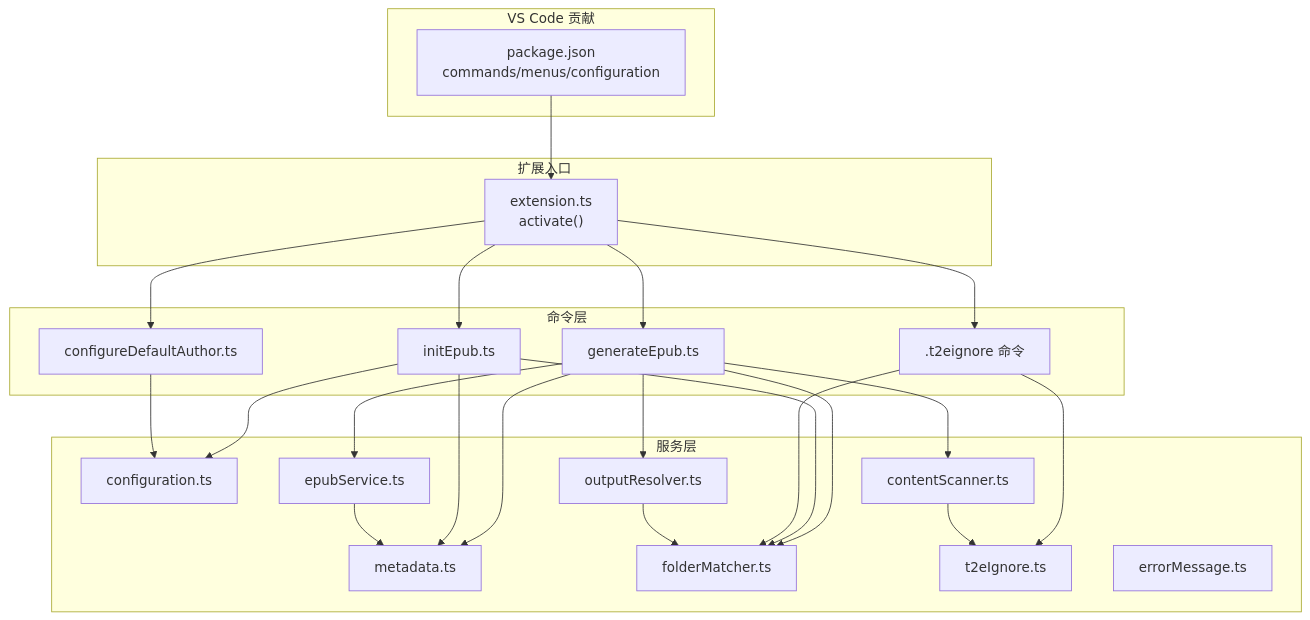
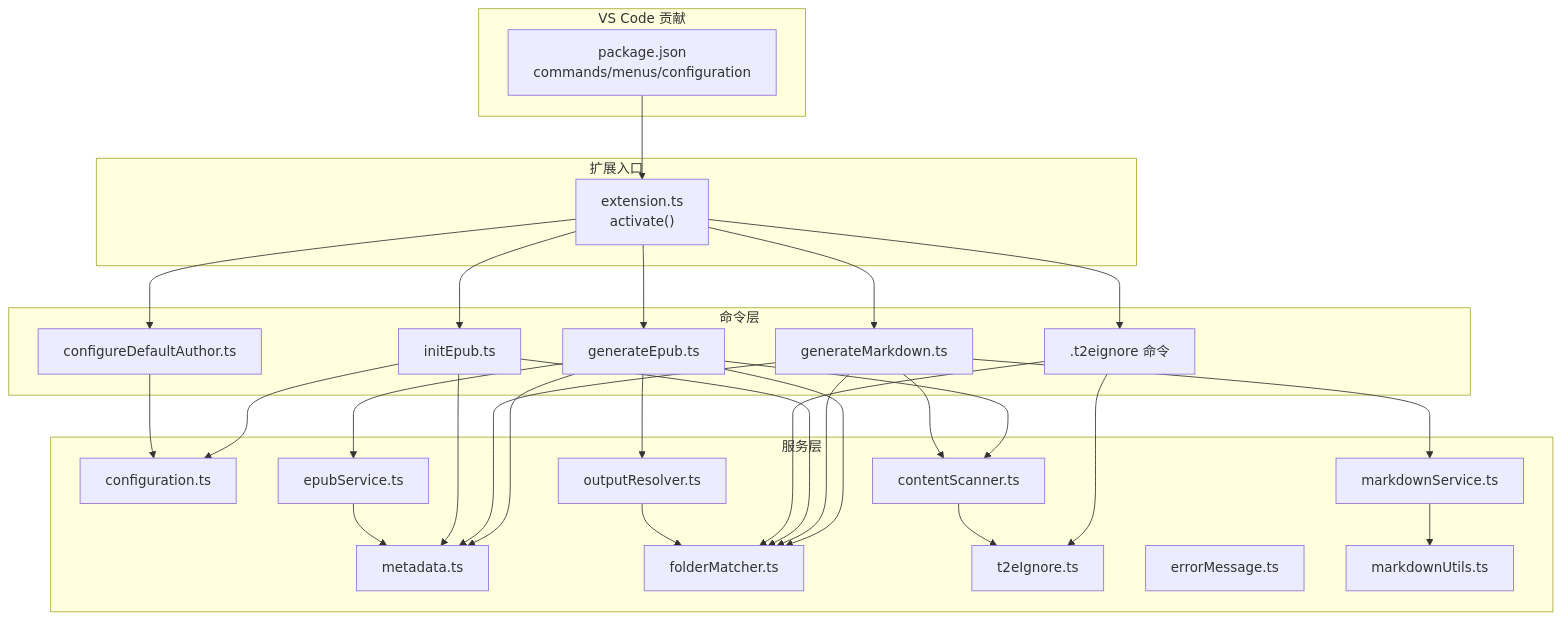
The first of 3 diagrams in .qoder/repowiki/zh/content/API 参考文档/API 参考文档.md (someok/vscode-folder2epub), drawn with Mermaid before and after one commit. The commit also changed other lines of this file and 8 other files, not shown here.

````diff
--- a/.qoder/repowiki/zh/content/API 参考文档/API 参考文档.md
+++ b/.qoder/repowiki/zh/content/API 参考文档/API 参考文档.md
@@ -51,44 +54,53 @@
 ```mermaid
 graph TB
 subgraph "VS Code 贡献"
 P["package.json<br/>commands/menus/configuration"]
 end
 subgraph "扩展入口"
 EXT["extension.ts<br/>activate()"]
 end
 subgraph "命令层"
 CMD_GEN["generateEpub.ts"]
+CMD_MERGE["generateMarkdown.ts"]
 CMD_INIT["initEpub.ts"]
 CMD_T2E[".t2eignore 命令"]
 CMD_AUTH["configureDefaultAuthor.ts"]
 end
 subgraph "服务层"
 S_CFG["configuration.ts"]
 S_META["metadata.ts"]
 S_SCAN["contentScanner.ts"]
 S_EPUB["epubService.ts"]
 S_MATCH["folderMatcher.ts"]
 S_OUT["outputResolver.ts"]
 S_T2E["t2eIgnore.ts"]
 S_ERR["errorMessage.ts"]
+S_MERGE["markdownService.ts"]
+S_UTILS["markdownUtils.ts"]
 end
 P --> EXT
 EXT --> CMD_GEN
+EXT --> CMD_MERGE
 EXT --> CMD_INIT
 EXT --> CMD_T2E
 EXT --> CMD_AUTH
 CMD_GEN --> S_MATCH
 CMD_GEN --> S_META
 CMD_GEN --> S_SCAN
 CMD_GEN --> S_OUT
 CMD_GEN --> S_EPUB
+CMD_MERGE --> S_MATCH
+CMD_MERGE --> S_META
+CMD_MERGE --> S_SCAN
+CMD_MERGE --> S_MERGE
 CMD_INIT --> S_MATCH
 CMD_INIT --> S_CFG
 CMD_INIT --> S_META
 CMD_T2E --> S_MATCH
 CMD_T2E --> S_T2E
 CMD_AUTH --> S_CFG
 S_SCAN --> S_T2E
 S_EPUB --> S_META
 S_OUT --> S_MATCH
+S_MERGE --> S_UTILS
 ```
````
